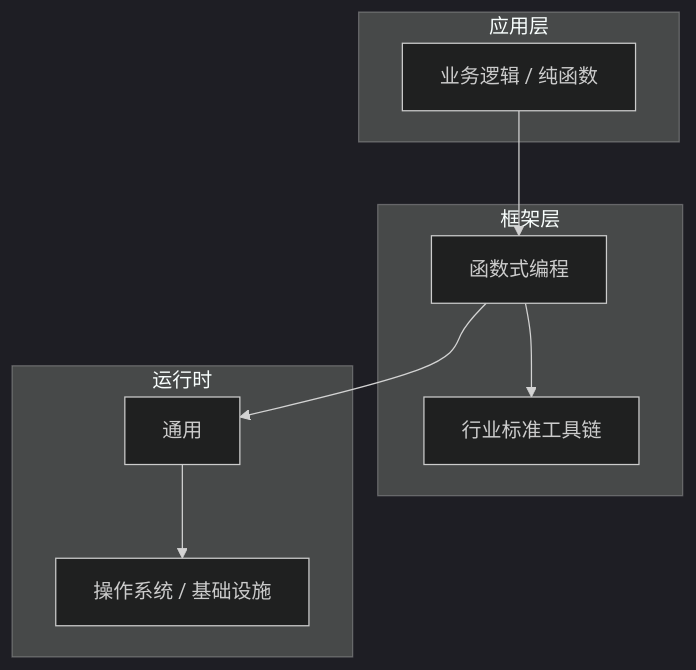
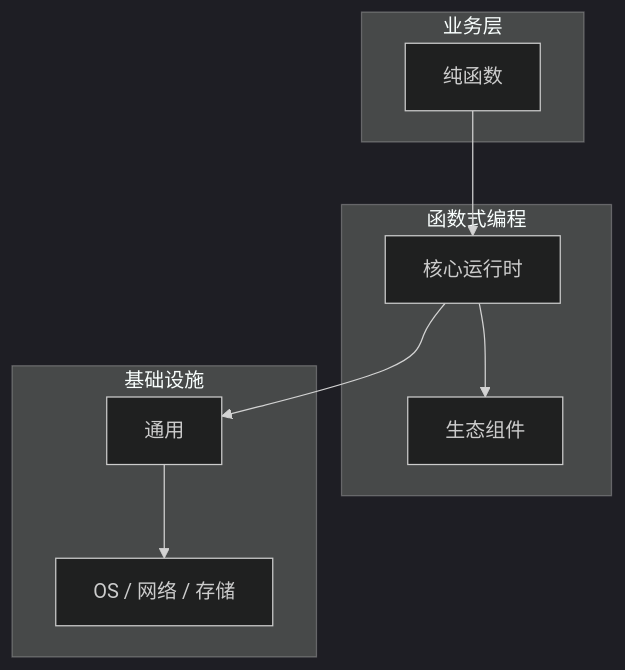
One commit to yanggan2015/knowledge-json-v2 changed the diagram in articles/函数式编程/chapters/007-纯函数核心概念与原理.md. Above: the diagram before and after it, drawn with Mermaid (dark theme). The commit also changed other lines of this file and 10127 other files, not shown here.

````diff
--- a/articles/函数式编程/chapters/007-纯函数核心概念与原理.md
+++ b/articles/函数式编程/chapters/007-纯函数核心概念与原理.md
@@ -45,18 +34,18 @@
 ```mermaid
 graph TB
-    subgraph 应用层
-        A[业务逻辑 / 纯函数]
+    subgraph 业务层
+        A[纯函数]
     end
-    subgraph 框架层
-        B[函数式编程]
-        C[行业标准工具链]
+    subgraph 函数式编程
+        B[核心运行时]
+        C[生态组件]
     end
-    subgraph 运行时
+    subgraph 基础设施
         D[通用]
-        E[操作系统 / 基础设施]
+        E[OS / 网络 / 存储]
     end
     A --> B
     B --> C
     B --> D
     D --> E
 ```
````
